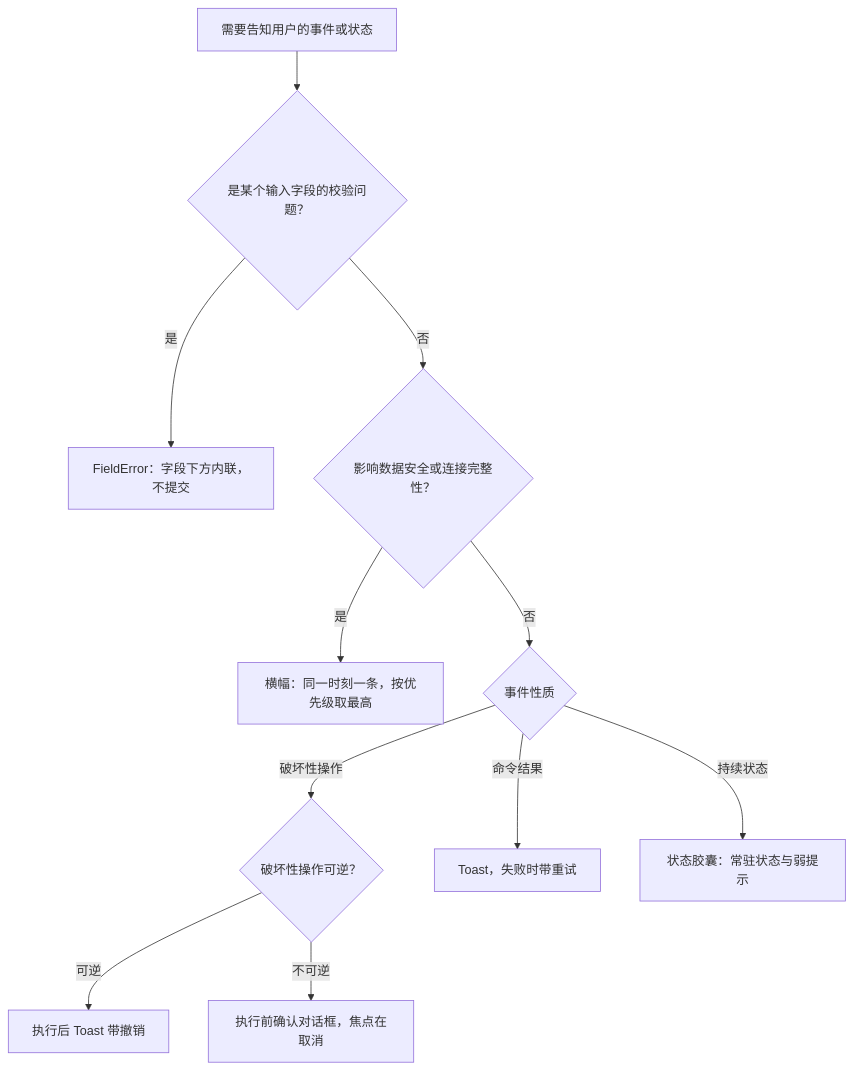
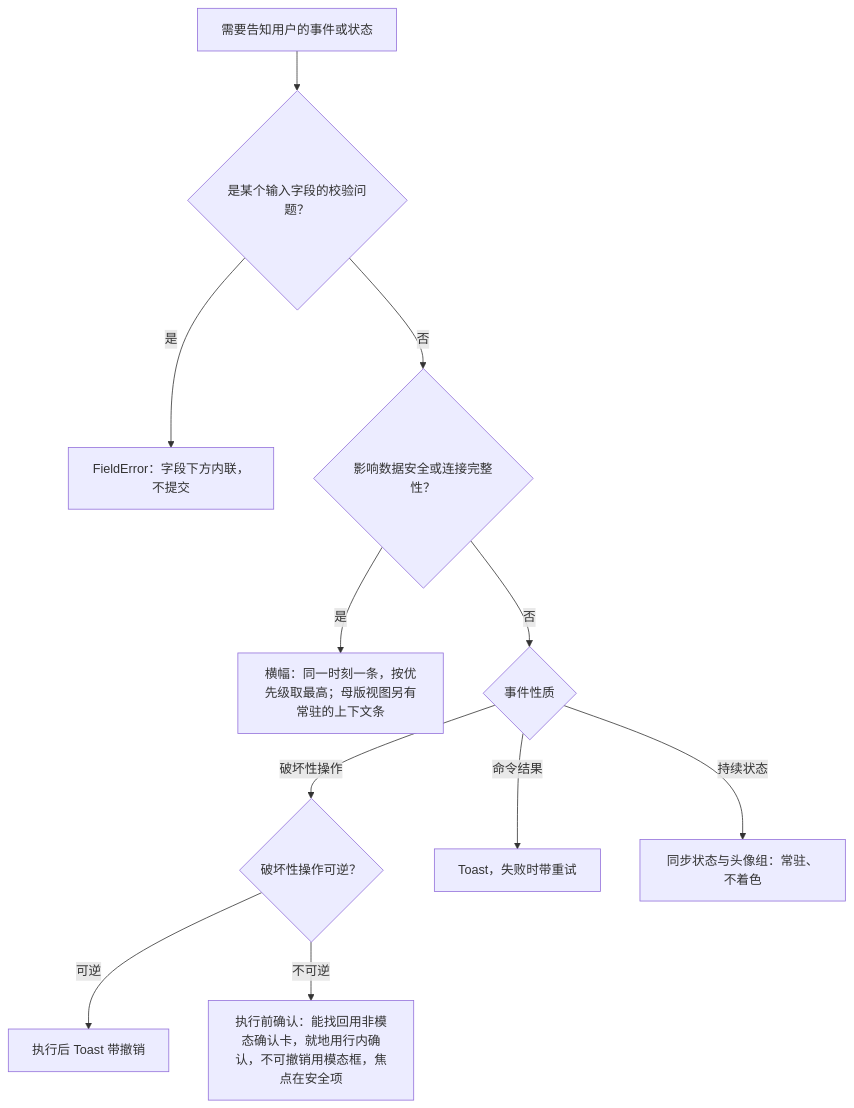
Before and after one commit to Xeonice/cordis-ppt-editor: the tenth of 10 diagrams in docs/50-frontend/10-editor-shell-and-interaction.md, drawn with Mermaid. The commit also changed other lines of this file and 25 other files, not shown here.

````diff
--- a/docs/50-frontend/10-editor-shell-and-interaction.md
+++ b/docs/50-frontend/10-editor-shell-and-interaction.md
@@ -667,24 +806,24 @@
 ```mermaid
 flowchart TB
   ev["需要告知用户的事件或状态"]
   field{"是某个输入字段的校验问题？"}
   fe["FieldError：字段下方内联，不提交"]
   safety{"影响数据安全或连接完整性？"}
-  banner["横幅：同一时刻一条，按优先级取最高"]
+  banner["横幅：同一时刻一条，按优先级取最高；母版视图另有常驻的上下文条"]
   kind{"事件性质"}
   undo{"破坏性操作可逆？"}
   toastUndo["执行后 Toast 带撤销"]
-  confirm["执行前确认对话框，焦点在取消"]
+  confirm["执行前确认：能找回用非模态确认卡，就地用行内确认，不可撤销用模态框，焦点在安全项"]
   toastRetry["Toast，失败时带重试"]
-  capsule["状态胶囊：常驻状态与弱提示"]
+  capsule["同步状态与头像组：常驻、不着色"]
   ev --> field
   field -->|"是"| fe
   field -->|"否"| safety
   safety -->|"是"| banner
   safety -->|"否"| kind
   kind -->|"破坏性操作"| undo
   undo -->|"可逆"| toastUndo
   undo -->|"不可逆"| confirm
   kind -->|"命令结果"| toastRetry
   kind -->|"持续状态"| capsule
 ```
````
